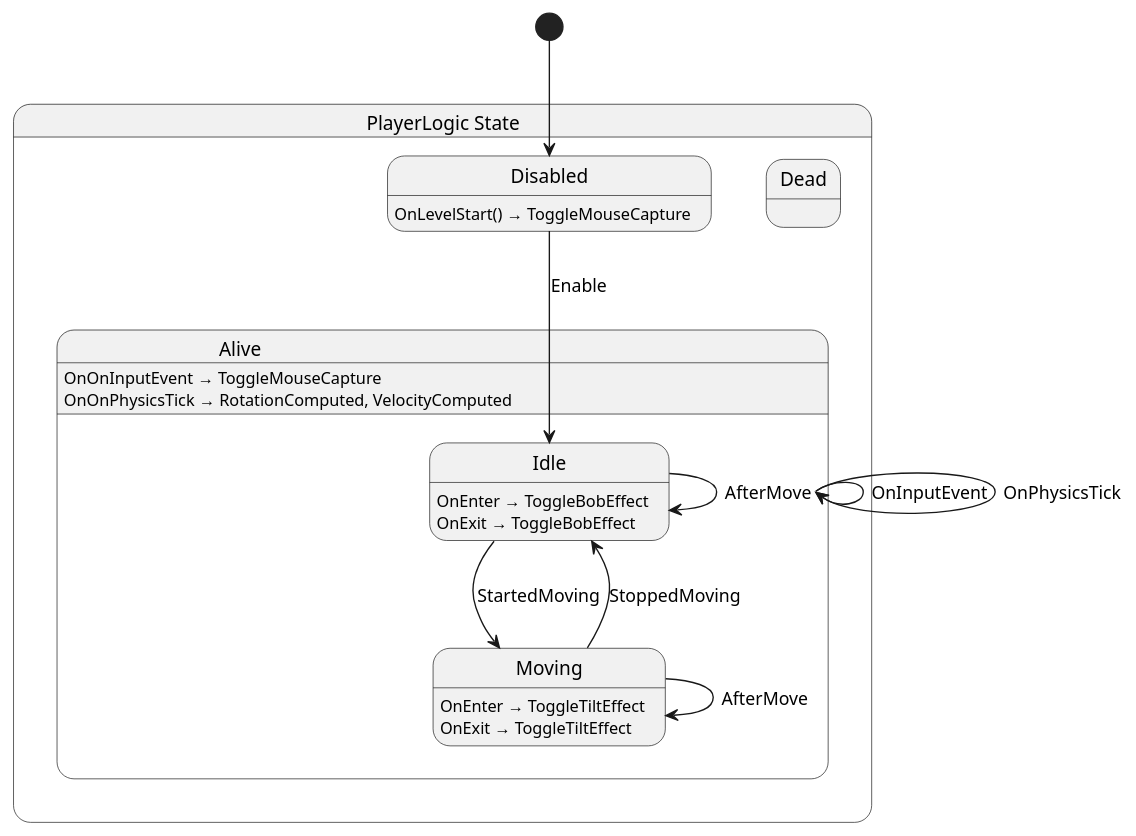
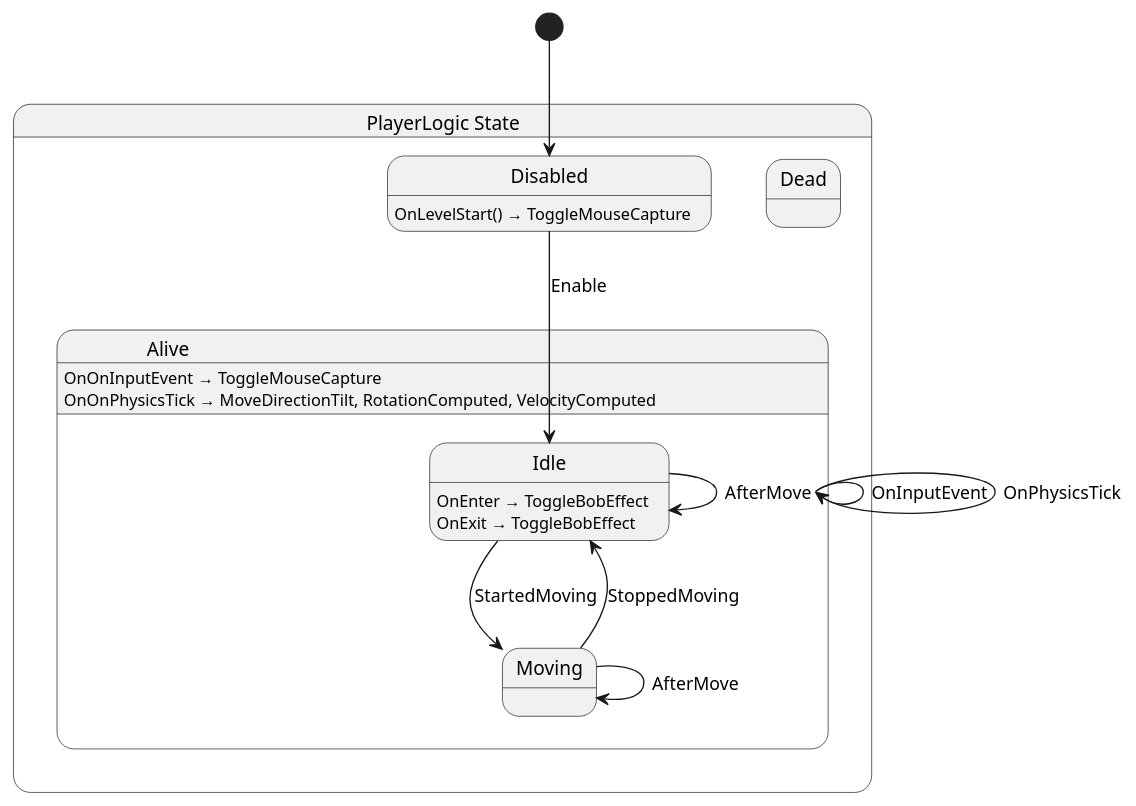
One commit to SkyValor/rescue-drone changed the diagram in Scripts/Drone/Player/State/PlayerLogic.g.puml. Above: the diagram before and after it, drawn with PlantUML. The commit also changed 5 other files, not shown here.

```diff
--- a/Scripts/Drone/Player/State/PlayerLogic.g.puml
+++ b/Scripts/Drone/Player/State/PlayerLogic.g.puml
@@ -1,28 +1,26 @@
 @startuml PlayerLogic
 state "PlayerLogic State" as RescueDrone_PlayerLogic_State {
   state "Alive" as RescueDrone_PlayerLogic_State_Alive {
     state "Idle" as RescueDrone_PlayerLogic_State_Idle
     state "Moving" as RescueDrone_PlayerLogic_State_Moving
   }
   state "Dead" as RescueDrone_PlayerLogic_State_Dead
   state "Disabled" as RescueDrone_PlayerLogic_State_Disabled
 }
 
 RescueDrone_PlayerLogic_State_Alive --> RescueDrone_PlayerLogic_State_Alive : OnInputEvent
 RescueDrone_PlayerLogic_State_Alive --> RescueDrone_PlayerLogic_State_Alive : OnPhysicsTick
 RescueDrone_PlayerLogic_State_Disabled --> RescueDrone_PlayerLogic_State_Idle : Enable
 RescueDrone_PlayerLogic_State_Idle --> RescueDrone_PlayerLogic_State_Idle : AfterMove
 RescueDrone_PlayerLogic_State_Idle --> RescueDrone_PlayerLogic_State_Moving : StartedMoving
 RescueDrone_PlayerLogic_State_Moving --> RescueDrone_PlayerLogic_State_Idle : StoppedMoving
 RescueDrone_PlayerLogic_State_Moving --> RescueDrone_PlayerLogic_State_Moving : AfterMove
 
 RescueDrone_PlayerLogic_State_Alive : OnOnInputEvent → ToggleMouseCapture
-RescueDrone_PlayerLogic_State_Alive : OnOnPhysicsTick → RotationComputed, VelocityComputed
+RescueDrone_PlayerLogic_State_Alive : OnOnPhysicsTick → MoveDirectionTilt, RotationComputed, VelocityComputed
 RescueDrone_PlayerLogic_State_Disabled : OnLevelStart() → ToggleMouseCapture
 RescueDrone_PlayerLogic_State_Idle : OnEnter → ToggleBobEffect
 RescueDrone_PlayerLogic_State_Idle : OnExit → ToggleBobEffect
-RescueDrone_PlayerLogic_State_Moving : OnEnter → ToggleTiltEffect
-RescueDrone_PlayerLogic_State_Moving : OnExit → ToggleTiltEffect
 
 [*] --> RescueDrone_PlayerLogic_State_Disabled
 @enduml
```
